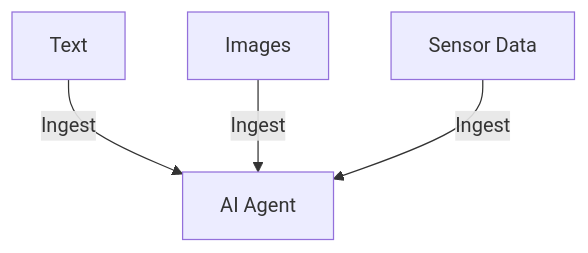
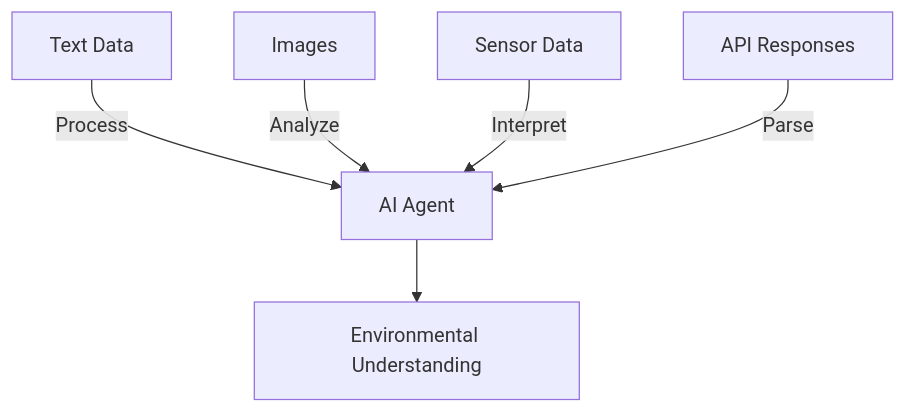
Before and after one commit to raphaelmansuy/digital_palace: the first of 4 diagrams in reference/techniques/autogen/README.md, drawn with Mermaid. The commit also changed other lines of this file and 6 other files, not shown here.

````diff
--- a/reference/techniques/autogen/README.md
+++ b/reference/techniques/autogen/README.md
@@ -11,6 +59,8 @@
 ```mermaid
 graph TD
-    A[Text] -->|Ingest| B[AI Agent]
-    C[Images] -->|Ingest| B
-    D[Sensor Data] -->|Ingest| B
+    A[Text Data] -->|Process| B[AI Agent]
+    C[Images] -->|Analyze| B
+    D[Sensor Data] -->|Interpret| B
+    E[API Responses] -->|Parse| B
+    B --> F[Environmental Understanding]
 ```
````
